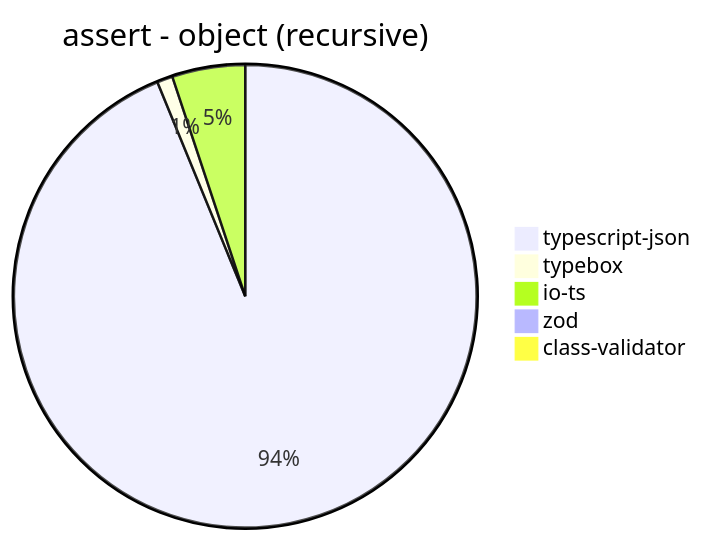
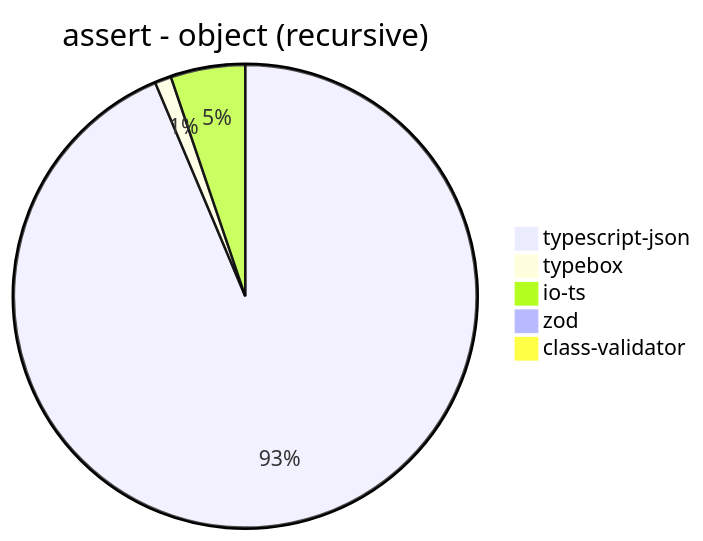
The tenth of 39 diagrams in benchmark/results/AMD Ryzen 9 5900HX with Radeon Graphics.md (samchon/typia), drawn with Mermaid before and after one commit. The commit also changed other lines of this file and 3 other files, not shown here.

````diff
--- a/benchmark/results/AMD Ryzen 9 5900HX with Radeon Graphics.md
+++ b/benchmark/results/AMD Ryzen 9 5900HX with Radeon Graphics.md
@@ -136,8 +136,8 @@
 ```mermaid
 pie title assert - object (recursive)
-  "typescript-json": 34663.83363471971
-  "typebox": 404.74924685451003
-  "io-ts": 1885.1570964247019
-  "zod": 72.36019296051455
-  "class-validator": 43.69992716678806
+  "typescript-json": 35552.97397769517
+  "typebox": 435.6510269455436
+  "io-ts": 1975.399302368276
+  "zod": 77.37089201877934
+  "class-validator": 42.86489419424851
 ```
````
